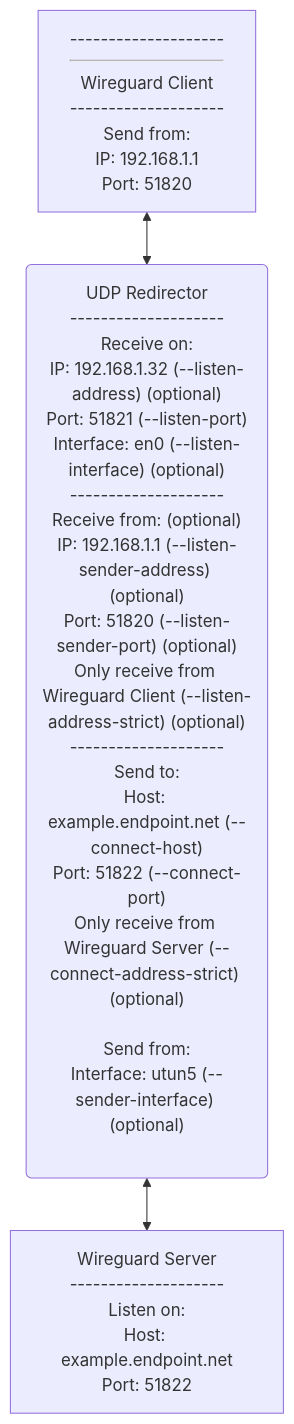
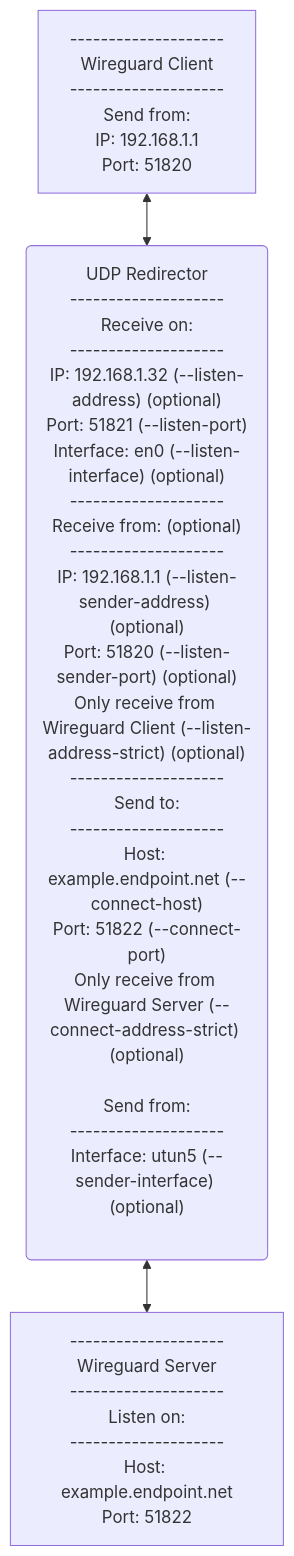
The diagram in README.md (danpodeanu/udp-redirect), drawn with Mermaid before and after one commit.

Commit message:
Improve README.md example clarity

````diff
--- a/README.md
+++ b/README.md
@@ -42,5 +42,5 @@
 ```mermaid
 graph TD
-    A["--------------------<br/><hr>Wireguard Client<br/>--------------------<br/>Send from:<br/>IP: 192.168.1.1<br/>Port: 51820"] <--> B("UDP Redirector<br/>--------------------<br/>Receive on:<br/>IP: 192.168.1.32 (--listen-address) (optional)<br/>Port: 51821 (--listen-port)<br/>Interface: en0 (--listen-interface) (optional)<br/>--------------------<br/>Receive from: (optional)<br/>IP: 192.168.1.1 (--listen-sender-address) (optional)<br/>Port: 51820 (--listen-sender-port) (optional)<br/>Only receive from Wireguard Client (--listen-address-strict) (optional)<br/>--------------------<br/>Send to:<br/>Host: example.endpoint.net (--connect-host)</br>Port: 51822 (--connect-port)<br/>Only receive from Wireguard Server (--connect-address-strict) (optional)<br/><br/>Send from:<br/>Interface: utun5 (--sender-interface) (optional)<br/><br/>")
-    B <--> C["Wireguard Server<br/>--------------------<br/>Listen on:<br/>Host: example.endpoint.net<br/>Port: 51822"]
+    A["--------------------<br/>Wireguard Client<br/>--------------------<br/>Send from:<br/>IP: 192.168.1.1<br/>Port: 51820"] <--> B("UDP Redirector<br/>--------------------<br/>Receive on:<br/>--------------------<br/>IP: 192.168.1.32 (--listen-address) (optional)<br/>Port: 51821 (--listen-port)<br/>Interface: en0 (--listen-interface) (optional)<br/>--------------------<br/>Receive from: (optional)<br/>--------------------<br/>IP: 192.168.1.1 (--listen-sender-address) (optional)<br/>Port: 51820 (--listen-sender-port) (optional)<br/>Only receive from Wireguard Client (--listen-address-strict) (optional)<br/>--------------------<br/>Send to:<br/>--------------------<br/>Host: example.endpoint.net (--connect-host)</br>Port: 51822 (--connect-port)<br/>Only receive from Wireguard Server (--connect-address-strict) (optional)<br/><br/>Send from:<br/>--------------------<br/>Interface: utun5 (--sender-interface) (optional)<br/><br/>")
+    B <--> C["--------------------<br/>Wireguard Server<br/>--------------------<br/>Listen on:<br/>--------------------<br/>Host: example.endpoint.net<br/>Port: 51822"]
 ```
````
